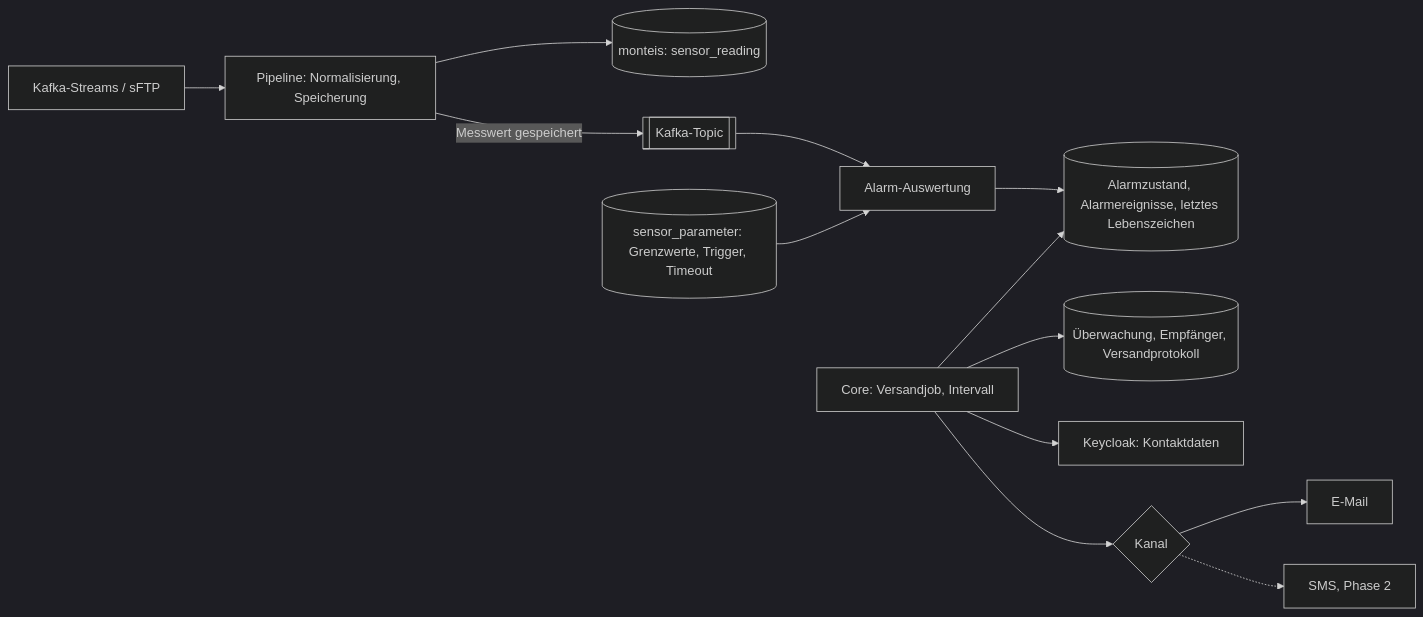
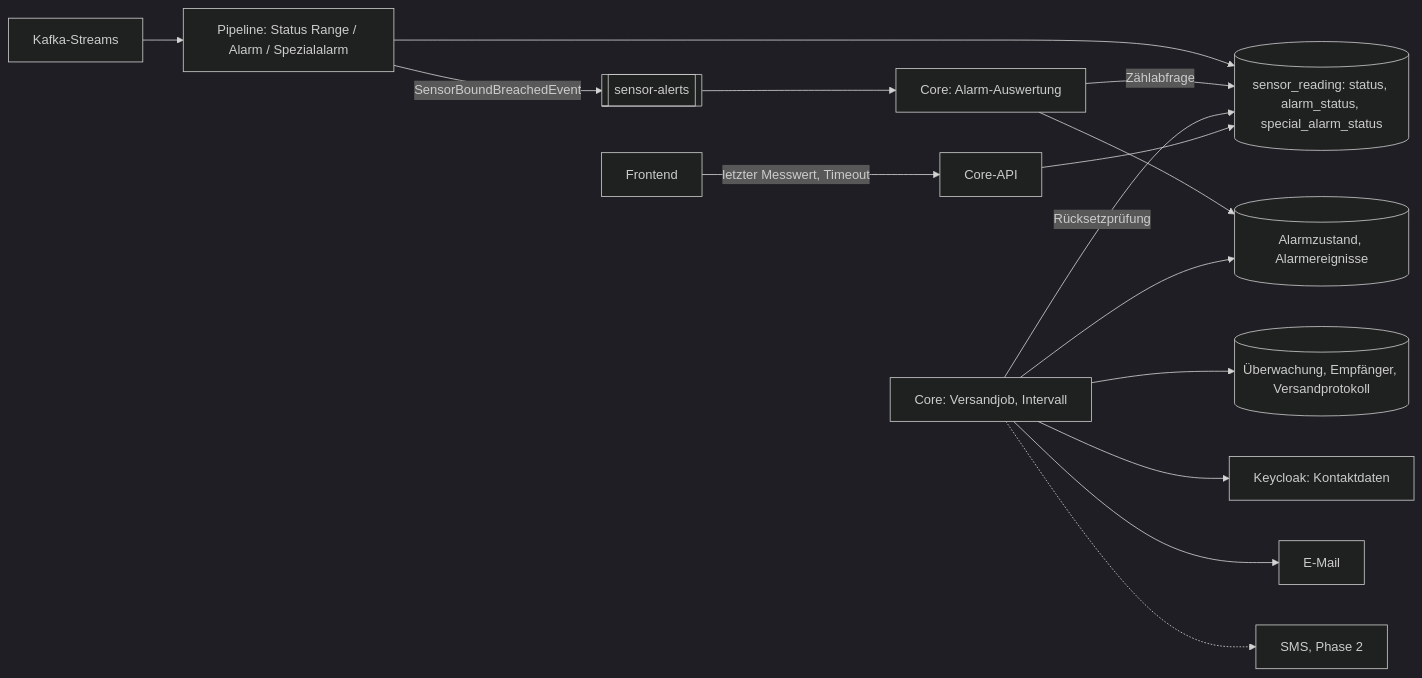
Before and after one commit to swisstopo/lg-monteis: the diagram in alarming-architecture.md, drawn with Mermaid (dark theme). The commit also changed other lines of this file, not shown here.

````diff
--- a/alarming-architecture.md
+++ b/alarming-architecture.md
@@ -74,15 +80,17 @@
 ```mermaid
 flowchart LR
-   K[Kafka-Streams / sFTP] --> P[Pipeline: Normalisierung, Speicherung]
-   P --> DB[(monteis: sensor_reading)]
-   P -- Messwert gespeichert --> T[[Kafka-Topic]]
-   T --> A[Alarm-Auswertung]
-   A --> AZ[(Alarmzustand, Alarmereignisse, letztes Lebenszeichen)]
-   SP[(sensor_parameter: Grenzwerte, Trigger, Timeout)] --> A
+   K[Kafka-Streams] --> P[Pipeline: Status Range / Alarm / Spezialalarm]
+   P --> DB[(sensor_reading: status, alarm_status, special_alarm_status)]
+   P -- SensorBoundBreachedEvent --> T[[sensor-alerts]]
+   T --> A[Core: Alarm-Auswertung]
+   A -- Zählabfrage --> DB
+   A --> AZ[(Alarmzustand, Alarmereignisse)]
    J[Core: Versandjob, Intervall] --> AZ
+   J -- Rücksetzprüfung --> DB
    J --> R[(Überwachung, Empfänger, Versandprotokoll)]
    J --> KC[Keycloak: Kontaktdaten]
-   J --> CH{Kanal}
-   CH --> M[E-Mail]
-   CH -.-> S[SMS, Phase 2]
+   J --> M[E-Mail]
+   J -.-> S[SMS, Phase 2]
+   FE[Frontend] -- letzter Messwert, Timeout --> C[Core-API]
+   C --> DB
 ```
````
